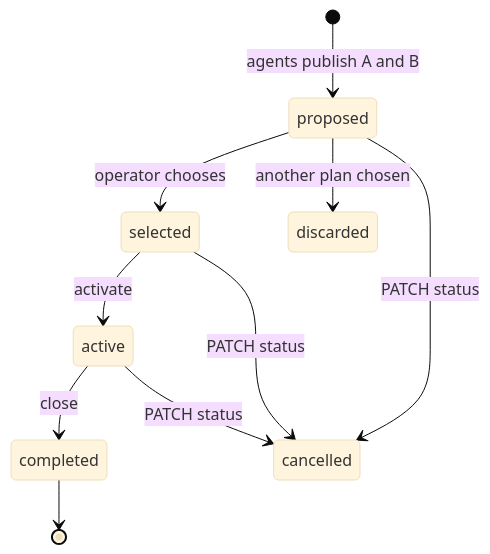
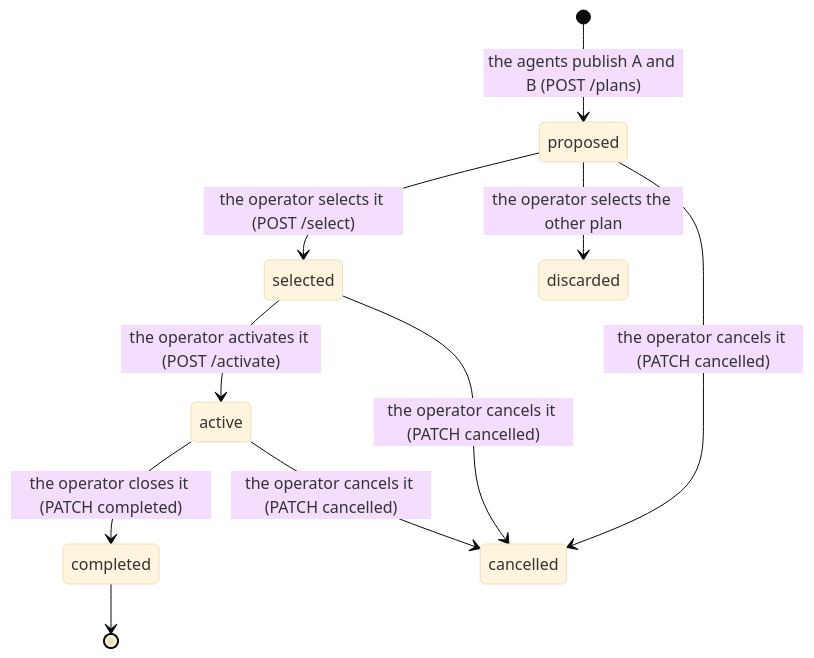
The second of 3 diagrams in docs/ARCHITECTURE.md (rodrigo0345/escudo_floriano), drawn with Mermaid (base theme) before and after one commit. The commit also changed other lines of this file, not shown here.

Commit message:
docs: simpler architecture diagram, plan life-cycle labelled with the operator's actions, agents section updated
Architecture diagram without ports and engine internals; the plan life-cycle arrows now name the action that causes each transition; table 10.2 lists Firefighters, with the nearest-first flanks and back and the 300 m waiting point from the last agents change.

````diff
--- a/docs/ARCHITECTURE.md
+++ b/docs/ARCHITECTURE.md
@@ -372,12 +372,12 @@
 ```mermaid
 stateDiagram-v2
-    [*] --> proposed: agents publish A and B
-    proposed --> selected: operator chooses
-    proposed --> discarded: another plan chosen
-    selected --> active: activate
-    active --> completed: close
-    proposed --> cancelled: PATCH status
-    selected --> cancelled: PATCH status
-    active --> cancelled: PATCH status
+    [*] --> proposed: the agents publish A and B (POST /plans)
+    proposed --> selected: the operator selects it (POST /select)
+    proposed --> discarded: the operator selects the other plan
+    selected --> active: the operator activates it (POST /activate)
+    active --> completed: the operator closes it (PATCH completed)
+    proposed --> cancelled: the operator cancels it (PATCH cancelled)
+    selected --> cancelled: the operator cancels it (PATCH cancelled)
+    active --> cancelled: the operator cancels it (PATCH cancelled)
     completed --> [*]
 ```
````
